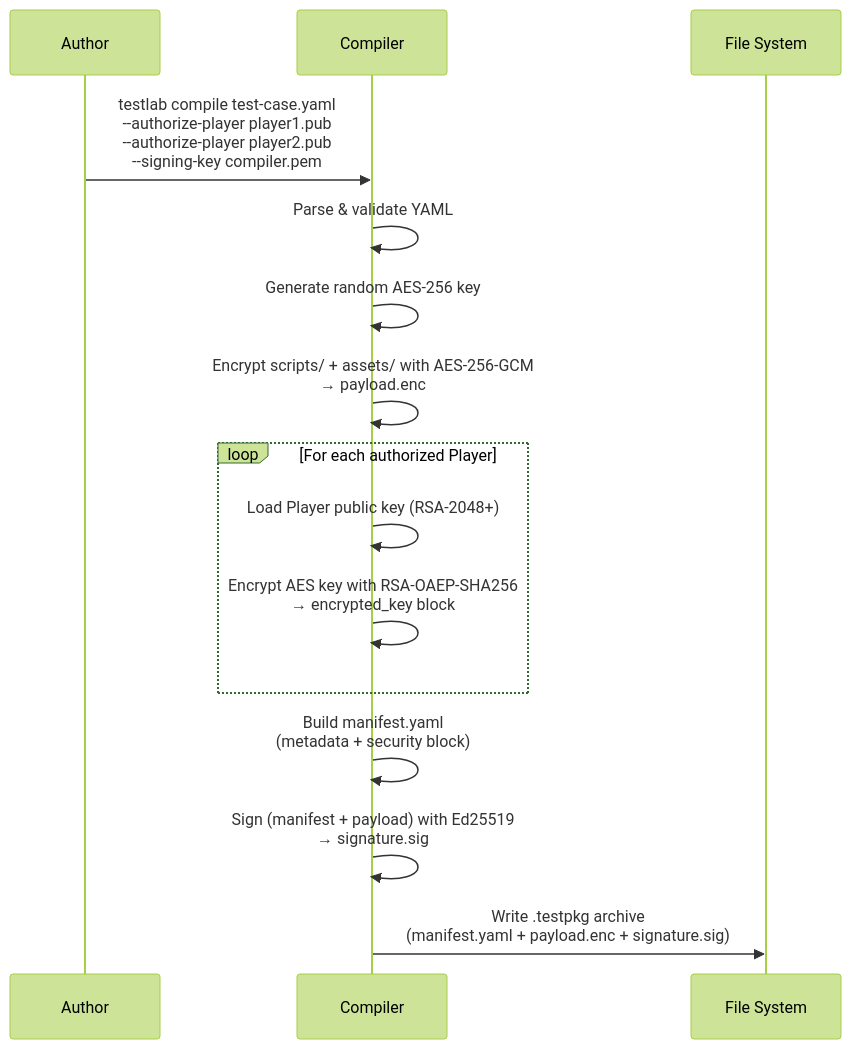
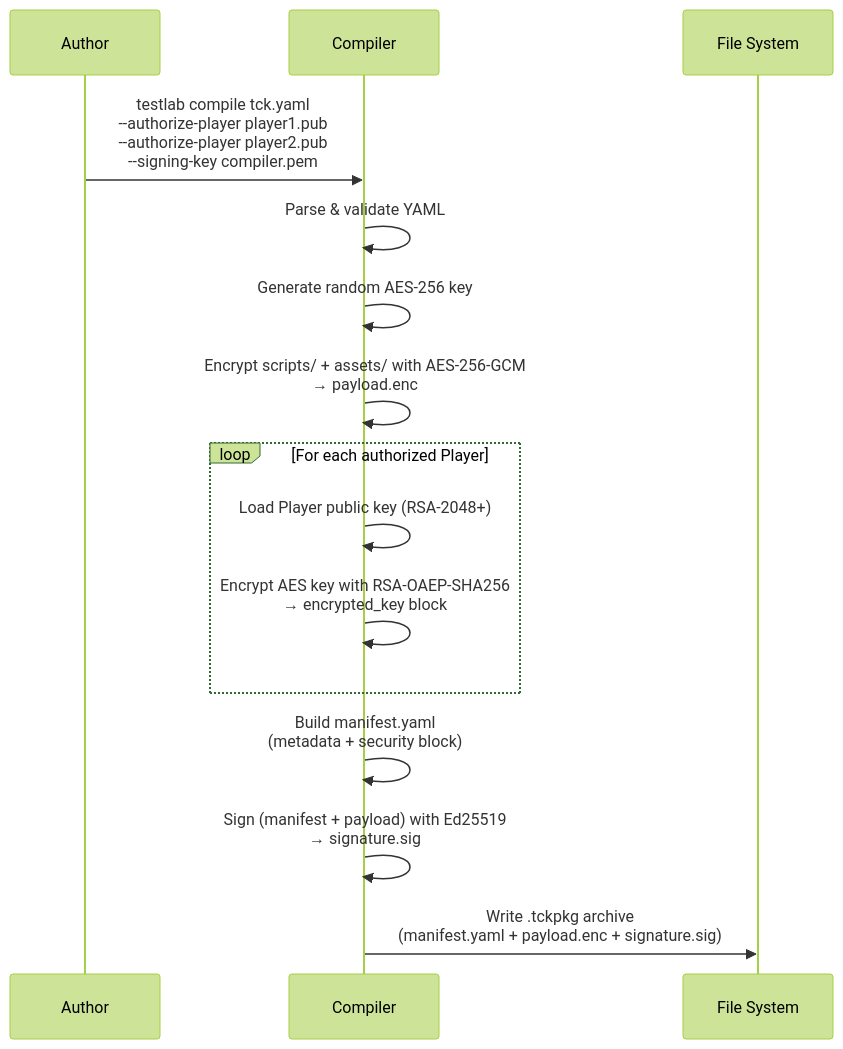
One commit to tudorfrincu1/tractusx-testlab changed the tenth of 15 diagrams in docs/specification/specification/concepts.md. Above: the diagram before and after it, drawn with Mermaid (forest theme). The commit also changed other lines of this file and 144 other files, not shown here.

First line of the commit message:
Refactor TestLab to use TCK terminology and implement SSE streaming for job events

````diff
--- a/docs/specification/specification/concepts.md
+++ b/docs/specification/specification/concepts.md
@@ -426,21 +426,21 @@
 ```mermaid
 sequenceDiagram
     participant Author as Author
     participant Compiler as Compiler
     participant FS as File System
 
-    Author->>Compiler: testlab compile test-case.yaml<br/>--authorize-player player1.pub<br/>--authorize-player player2.pub<br/>--signing-key compiler.pem
+    Author->>Compiler: testlab compile tck.yaml<br/>--authorize-player player1.pub<br/>--authorize-player player2.pub<br/>--signing-key compiler.pem
 
     Compiler->>Compiler: Parse & validate YAML
     Compiler->>Compiler: Generate random AES-256 key
     Compiler->>Compiler: Encrypt scripts/ + assets/ with AES-256-GCM<br/>→ payload.enc
 
     loop For each authorized Player
         Compiler->>Compiler: Load Player public key (RSA-2048+)
         Compiler->>Compiler: Encrypt AES key with RSA-OAEP-SHA256<br/>→ encrypted_key block
     end
 
     Compiler->>Compiler: Build manifest.yaml<br/>(metadata + security block)
     Compiler->>Compiler: Sign (manifest + payload) with Ed25519<br/>→ signature.sig
-    Compiler->>FS: Write .testpkg archive<br/>(manifest.yaml + payload.enc + signature.sig)
+    Compiler->>FS: Write .tckpkg archive<br/>(manifest.yaml + payload.enc + signature.sig)
 ```
````
